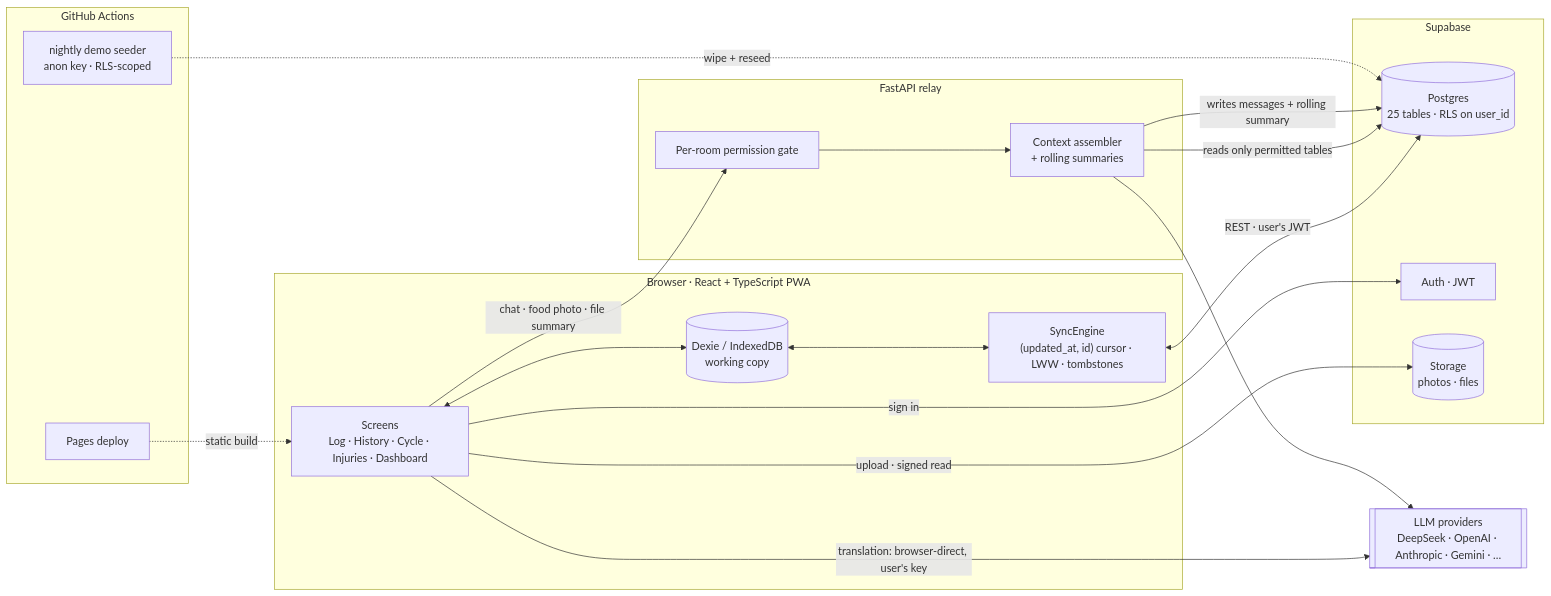
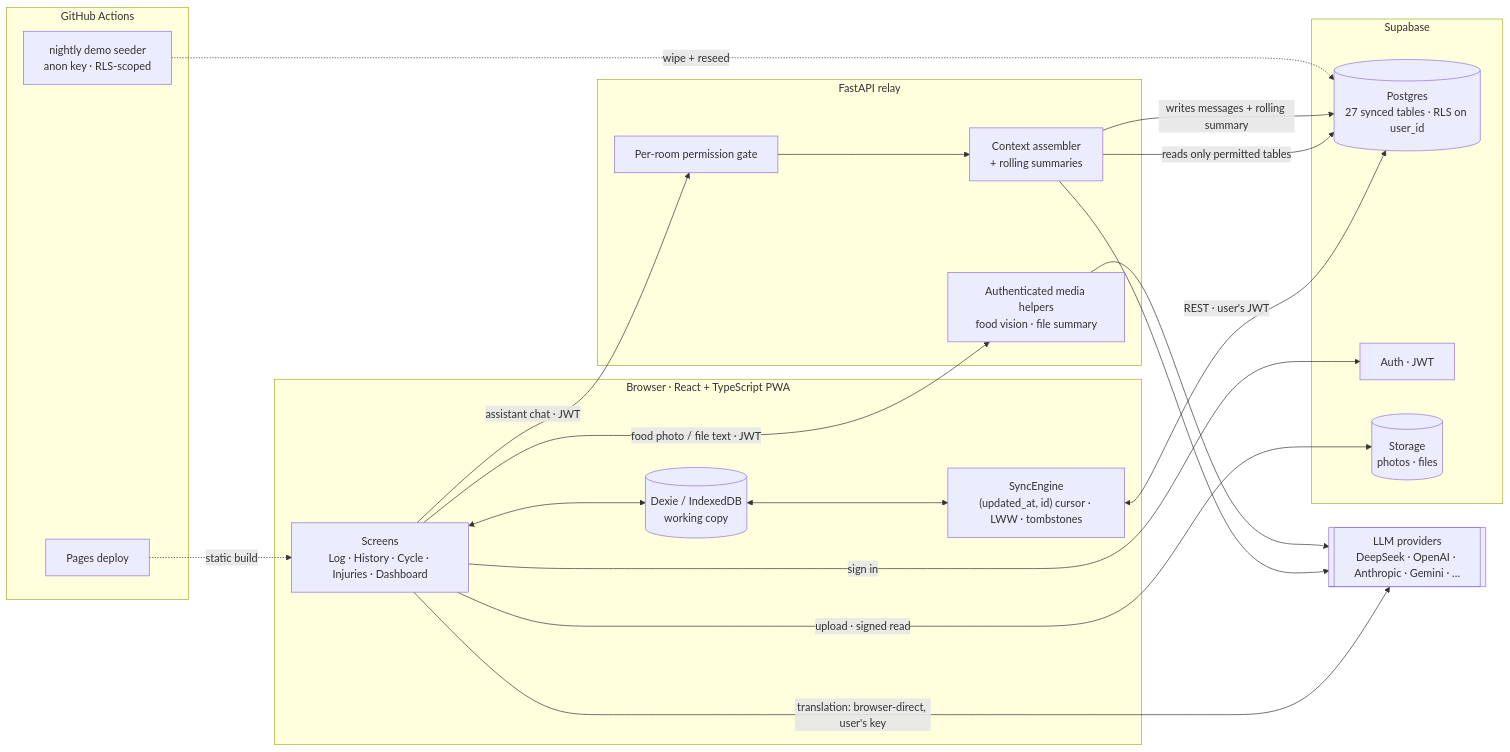
Before and after one commit to is-ClarkHu/training-hub: the diagram in README.md, drawn with Mermaid. The commit also changed other lines of this file and 2 other files, not shown here.

Commit message:
docs: rewrite README with screenshots, architecture diagram and design notes

````diff
--- a/README.md
+++ b/README.md
@@ -111,40 +136,43 @@
 ```mermaid
 flowchart LR
     subgraph Browser["Browser · React + TypeScript PWA"]
         UI["Screens<br/>Log · History · Cycle · Injuries · Dashboard"]
         DX[("Dexie / IndexedDB<br/>working copy")]
         SE["SyncEngine<br/>(updated_at, id) cursor · LWW · tombstones"]
         UI <--> DX
         DX <--> SE
     end
 
     subgraph SB["Supabase"]
-        PG[("Postgres<br/>25 tables · RLS on user_id")]
+        PG[("Postgres<br/>27 synced tables · RLS on user_id")]
         AU["Auth · JWT"]
         ST[("Storage<br/>photos · files")]
     end
 
     subgraph RLY["FastAPI relay"]
         PERM["Per-room permission gate"]
         CTX["Context assembler<br/>+ rolling summaries"]
+        MEDIA["Authenticated media helpers<br/>food vision · file summary"]
     end
 
     LLM[["LLM providers<br/>DeepSeek · OpenAI · Anthropic · Gemini · …"]]
 
     SE <-->|"REST · user's JWT"| PG
     UI -->|"sign in"| AU
     UI -->|"upload · signed read"| ST
     UI -->|"translation: browser-direct, user's key"| LLM
-    UI -->|"chat · food photo · file summary"| PERM
+    UI -->|"assistant chat · JWT"| PERM
+    UI -->|"food photo / file text · JWT"| MEDIA
     PERM --> CTX
     CTX -->|"reads only permitted tables"| PG
     CTX -->|"writes messages + rolling summary"| PG
     CTX --> LLM
+    MEDIA --> LLM
 
     subgraph CI["GitHub Actions"]
         DEP["Pages deploy"]
         SEED["nightly demo seeder<br/>anon key · RLS-scoped"]
     end
     DEP -.->|"static build"| UI
     SEED -.->|"wipe + reseed"| PG
 ```
````
